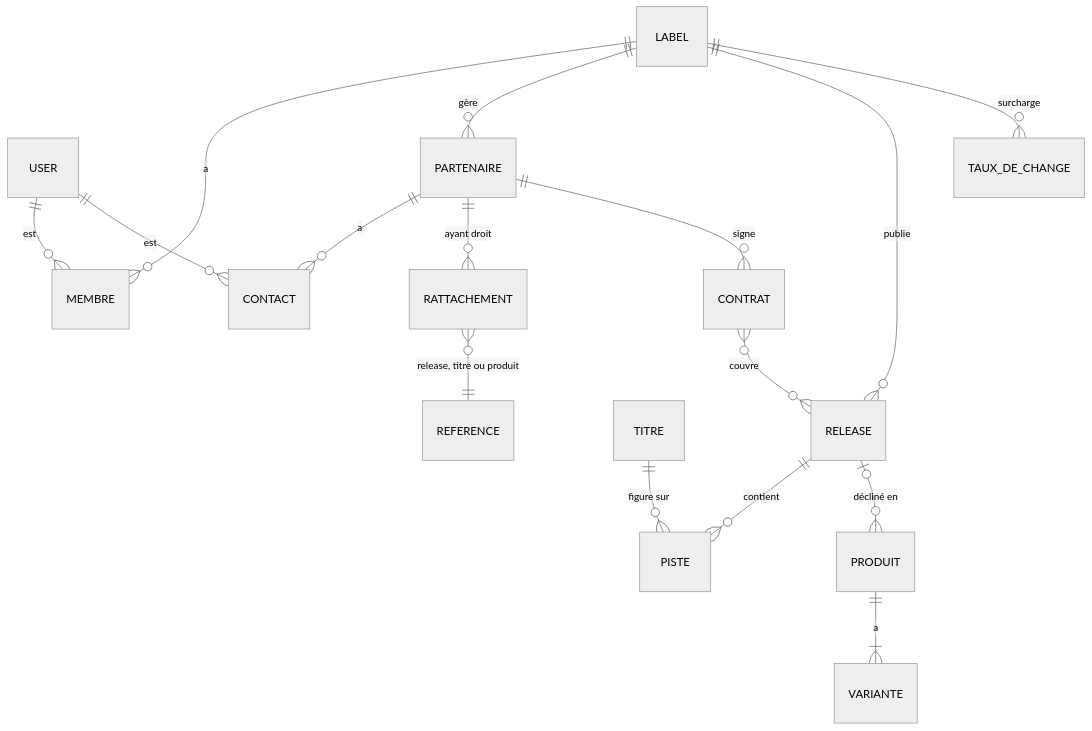
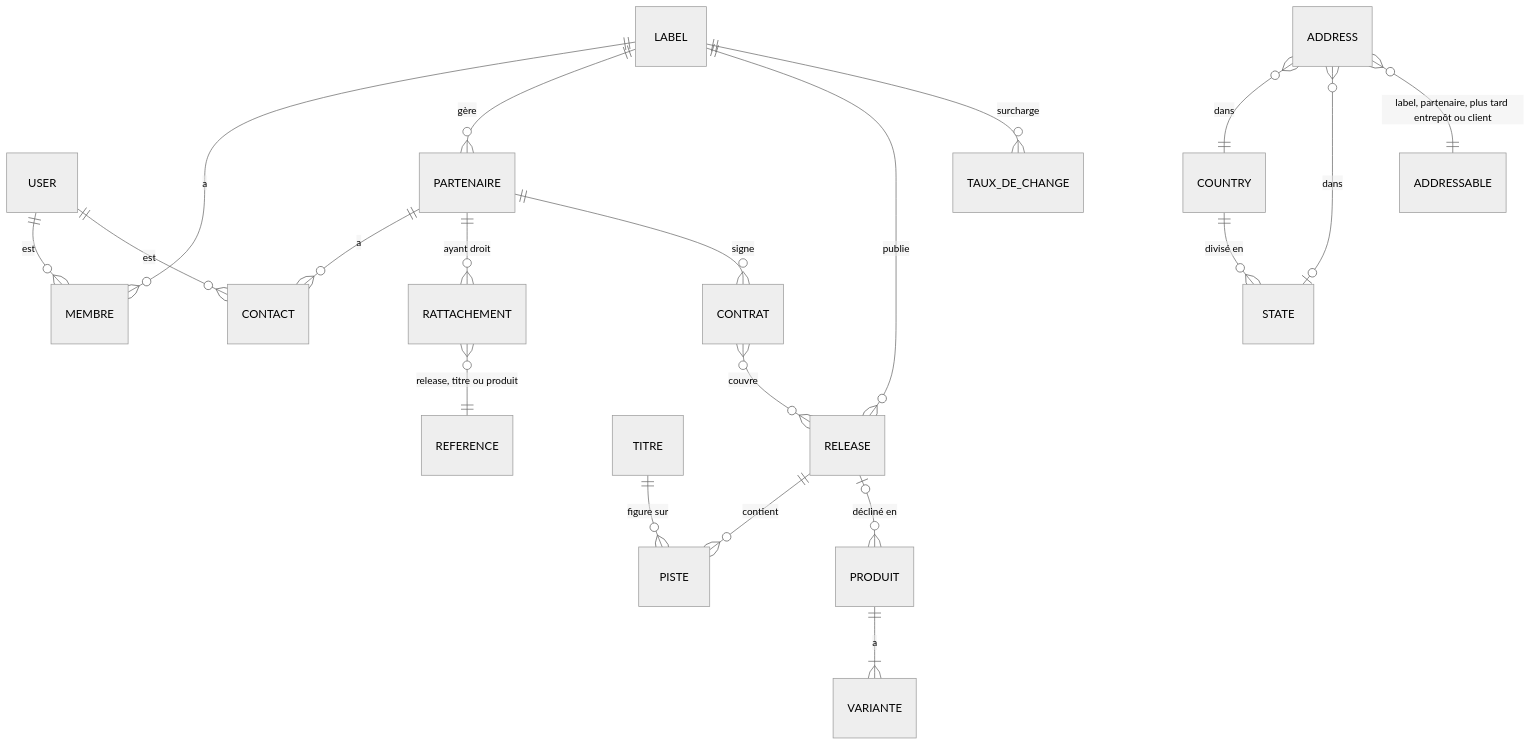
Before and after one commit to cpuchalver/my-label-manager: the diagram in docs/specs-mvp.md, drawn with Mermaid (neutral theme). The commit also changed other lines of this file, not shown here.

````diff
--- a/docs/specs-mvp.md
+++ b/docs/specs-mvp.md
@@ -61,18 +61,22 @@
 ```mermaid
 erDiagram
     LABEL ||--o{ MEMBRE : "a"
     USER ||--o{ MEMBRE : "est"
     LABEL ||--o{ PARTENAIRE : "gère"
     PARTENAIRE ||--o{ CONTACT : "a"
     USER ||--o{ CONTACT : "est"
     LABEL ||--o{ RELEASE : "publie"
     RELEASE ||--o{ PISTE : "contient"
     TITRE ||--o{ PISTE : "figure sur"
     RELEASE |o--o{ PRODUIT : "décliné en"
     PRODUIT ||--|{ VARIANTE : "a"
     PARTENAIRE ||--o{ RATTACHEMENT : "ayant droit"
     RATTACHEMENT }o--|| REFERENCE : "release, titre ou produit"
     PARTENAIRE ||--o{ CONTRAT : "signe"
     CONTRAT }o--o{ RELEASE : "couvre"
     LABEL ||--o{ TAUX_DE_CHANGE : "surcharge"
+    COUNTRY ||--o{ STATE : "divisé en"
+    ADDRESS }o--|| COUNTRY : "dans"
+    ADDRESS }o--o| STATE : "dans"
+    ADDRESS }o--|| ADDRESSABLE : "label, partenaire, plus tard entrepôt ou client"
 ```
````
